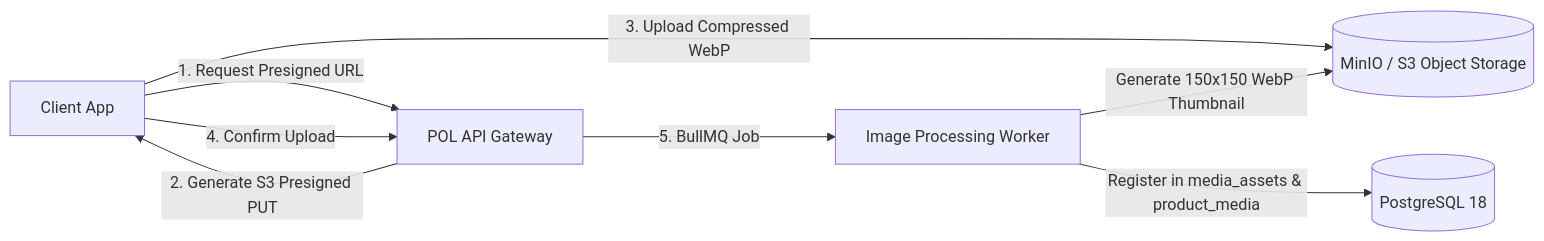
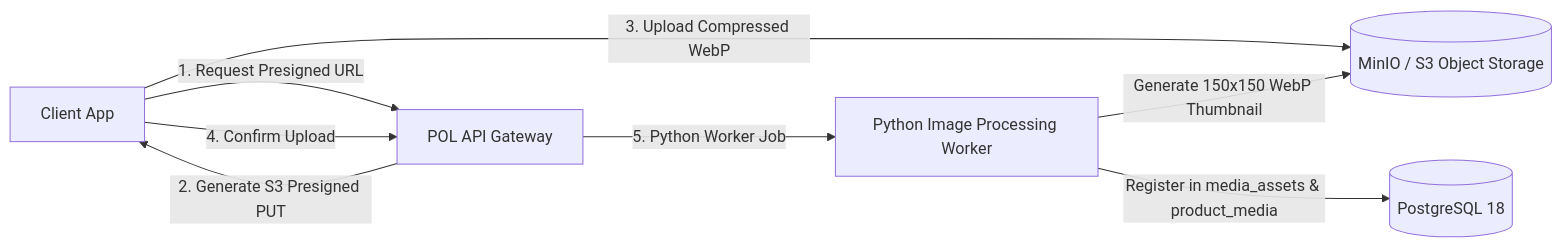
Before and after one commit to rrasi90/POL-2.3: the second of 2 diagrams in 06_PRODUCT/Technical_Architecture_Spec.md, drawn with Mermaid. The commit also changed other lines of this file, not shown here.

Commit message:
architecture: canonicalize python workers and postgres outbox

````diff
--- a/06_PRODUCT/Technical_Architecture_Spec.md
+++ b/06_PRODUCT/Technical_Architecture_Spec.md
@@ -156,10 +156,10 @@
 ```mermaid
 flowchart LR
     A[Client App] -->|1. Request Presigned URL| B[POL API Gateway]
     B -->|2. Generate S3 Presigned PUT| A
     A -->|3. Upload Compressed WebP| C[(MinIO / S3 Object Storage)]
     A -->|4. Confirm Upload| B
-    B -->|5. BullMQ Job| D[Image Processing Worker]
+    B -->|5. Python Worker Job| D[Python Image Processing Worker]
     D -->|Generate 150x150 WebP Thumbnail| C
     D -->|Register in media_assets & product_media| E[(PostgreSQL 18)]
 ```
````
